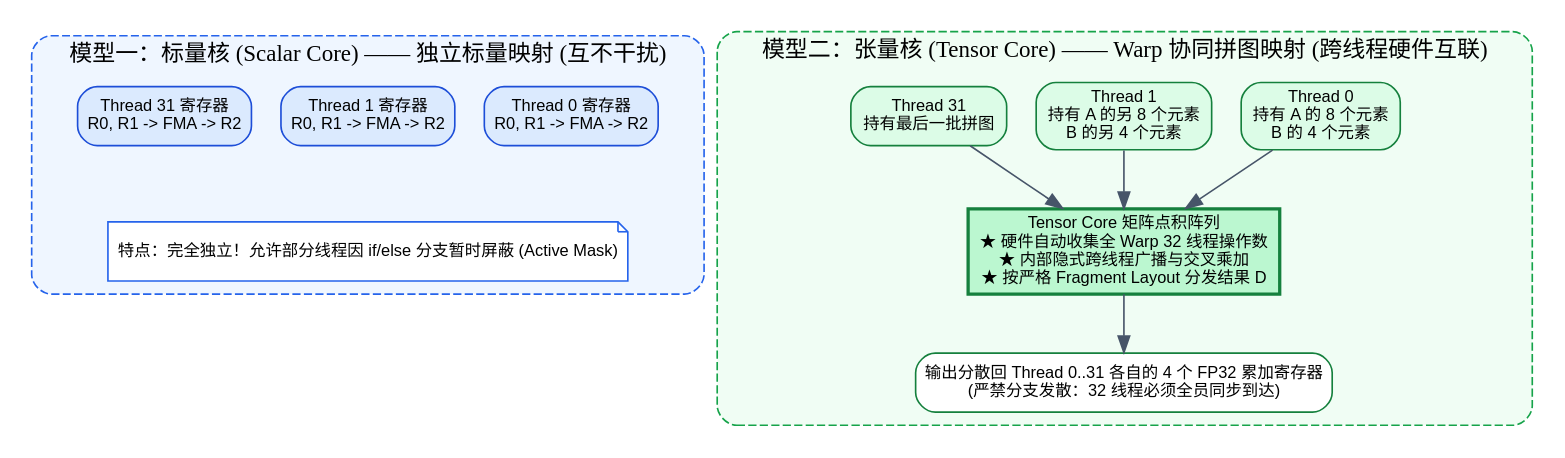
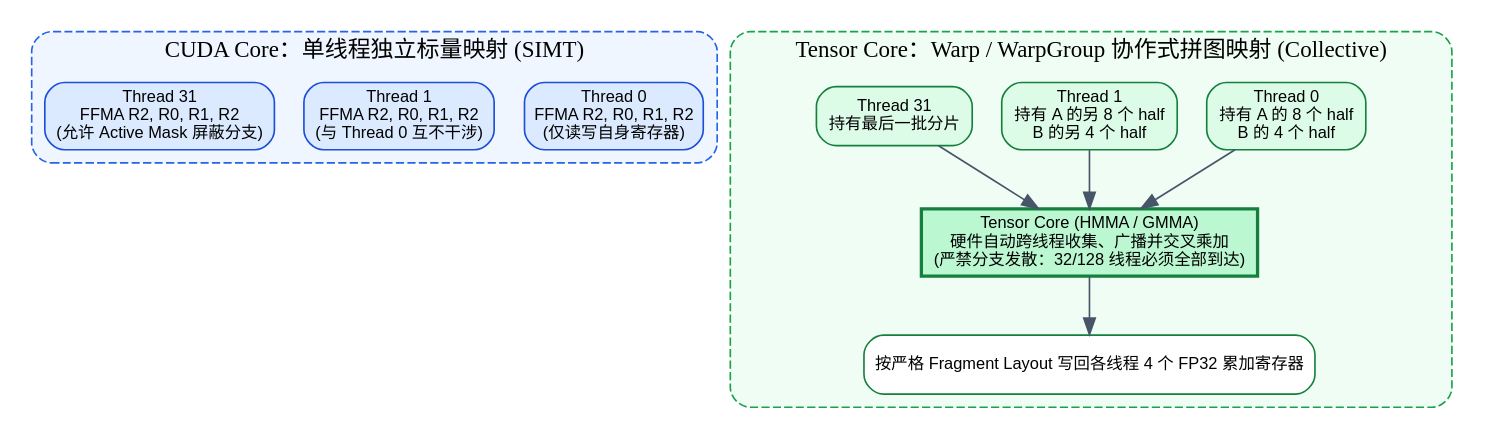
The sixth of 7 diagrams in src/content/posts/gpu-heterogeneous-cores-programming-and-tensor-core-architecture-guide.md (hqu-little-boy/blog), drawn with Graphviz before and after one commit. The commit also changed other lines of this file, not shown here.

Commit message:
docs: 恢复 NVIDIA GPU 真实架构、CUDA/PTX/SASS 与官方 API/SDK 完整细节

````diff
--- a/src/content/posts/gpu-heterogeneous-cores-programming-and-tensor-core-architecture-guide.md
+++ b/src/content/posts/gpu-heterogeneous-cores-programming-and-tensor-core-architecture-guide.md
@@ -534,43 +484,37 @@
 ```dot
-digraph ThreadMappingComparison {
+digraph MappingContrast {
     rankdir=TB;
     node [shape=box, style="rounded,filled", fontname="sans-serif", fontsize=10];
     edge [color="#475569", fontname="sans-serif", fontsize=9];
 
-    subgraph cluster_simt {
-        label="模型一：标量核 (Scalar Core) —— 独立标量映射 (互不干扰)";
+    subgraph cluster_cuda_map {
+        label="CUDA Core：单线程独立标量映射 (SIMT)";
         style="rounded,dashed";
         color="#2563eb";
         bgcolor="#eff6ff";
 
-        st0 [label="Thread 0 寄存器\nR0, R1 -> FMA -> R2", fillcolor="#dbeafe", color="#1d4ed8"];
-        st1 [label="Thread 1 寄存器\nR0, R1 -> FMA -> R2", fillcolor="#dbeafe", color="#1d4ed8"];
-        st31 [label="Thread 31 寄存器\nR0, R1 -> FMA -> R2", fillcolor="#dbeafe", color="#1d4ed8"];
-
-        s_note [label="特点：完全独立！允许部分线程因 if/else 分支暂时屏蔽 (Active Mask)", shape=note, fillcolor="#ffffff", color="#2563eb"];
-        st0 -> s_note [style=invis];
-        st1 -> s_note [style=invis];
-        st31 -> s_note [style=invis];
+        c0 [label="Thread 0\nFFMA R2, R0, R1, R2\n(仅读写自身寄存器)", fillcolor="#dbeafe", color="#1d4ed8"];
+        c1 [label="Thread 1\nFFMA R2, R0, R1, R2\n(与 Thread 0 互不干涉)", fillcolor="#dbeafe", color="#1d4ed8"];
+        c31 [label="Thread 31\nFFMA R2, R0, R1, R2\n(允许 Active Mask 屏蔽分支)", fillcolor="#dbeafe", color="#1d4ed8"];
     }
 
-    subgraph cluster_tensor {
-        label="模型二：张量核 (Tensor Core) —— Warp 协同拼图映射 (跨线程硬件互联)";
+    subgraph cluster_tc_map {
+        label="Tensor Core：Warp / WarpGroup 协作式拼图映射 (Collective)";
         style="rounded,dashed";
         color="#16a34a";
         bgcolor="#f0fdf4";
 
-        tt0 [label="Thread 0\n持有 A 的 8 个元素\nB 的 4 个元素", fillcolor="#dcfce7", color="#15803d"];
-        tt1 [label="Thread 1\n持有 A 的另 8 个元素\nB 的另 4 个元素", fillcolor="#dcfce7", color="#15803d"];
-        tt31 [label="Thread 31\n持有最后一批拼图", fillcolor="#dcfce7", color="#15803d"];
+        t0 [label="Thread 0\n持有 A 的 8 个 half\nB 的 4 个 half", fillcolor="#dcfce7", color="#15803d"];
+        t1 [label="Thread 1\n持有 A 的另 8 个 half\nB 的另 4 个 half", fillcolor="#dcfce7", color="#15803d"];
+        t31 [label="Thread 31\n持有最后一批分片", fillcolor="#dcfce7", color="#15803d"];
 
-        tc_hw [label="Tensor Core 矩阵点积阵列\n★ 硬件自动收集全 Warp 32 线程操作数\n★ 内部隐式跨线程广播与交叉乘加\n★ 按严格 Fragment Layout 分发结果 D", fillcolor="#bbf7d0", color="#15803d", style="filled,bold"];
+        hw [label="Tensor Core (HMMA / GMMA)\n硬件自动跨线程收集、广播并交叉乘加\n(严禁分支发散：32/128 线程必须全部到达)", fillcolor="#bbf7d0", color="#15803d", style="filled,bold"];
+        out [label="按严格 Fragment Layout 写回各线程 4 个 FP32 累加寄存器", fillcolor="#ffffff", color="#15803d"];
 
-        td [label="输出分散回 Thread 0..31 各自的 4 个 FP32 累加寄存器\n(严禁分支发散：32 线程必须全员同步到达)", fillcolor="#ffffff", color="#15803d"];
-
-        tt0 -> tc_hw;
-        tt1 -> tc_hw;
-        tt31 -> tc_hw;
-        tc_hw -> td;
+        t0 -> hw;
+        t1 -> hw;
+        t31 -> hw;
+        hw -> out;
     }
 }
 ```
````
